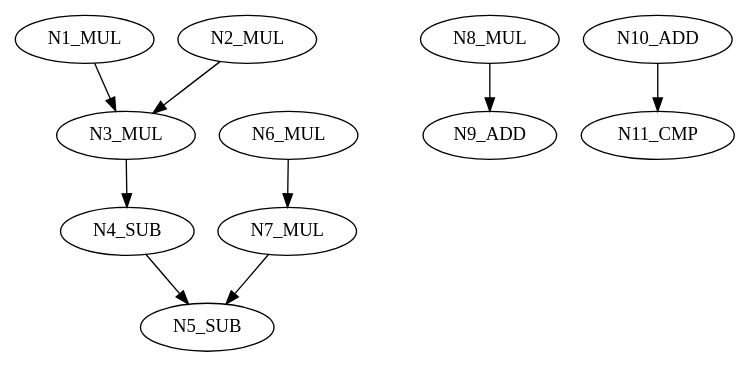
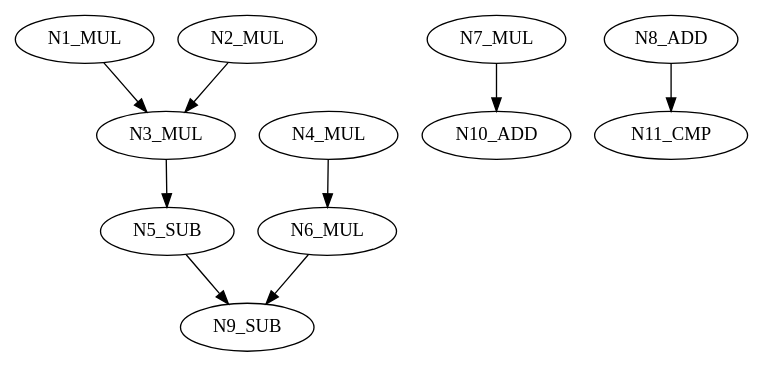
The diagram in scheduler-framework-master/graphs/lectureLIST.dot (Chancenloslu/SDC), drawn with Graphviz before and after one commit. The commit also changed 17 other files, not shown here.

```diff
--- a/scheduler-framework-master/graphs/lectureLIST.dot
+++ b/scheduler-framework-master/graphs/lectureLIST.dot
@@ -1,10 +1,10 @@
 digraph{
 N1_MUL -> N3_MUL;
 N2_MUL -> N3_MUL;
-N3_MUL -> N4_SUB;
-N4_SUB -> N5_SUB;
-N6_MUL -> N7_MUL;
-N7_MUL -> N5_SUB;
-N8_MUL -> N9_ADD;
-N10_ADD -> N11_CMP;
+N3_MUL -> N5_SUB;
+N5_SUB -> N9_SUB;
+N4_MUL -> N6_MUL;
+N6_MUL -> N9_SUB;
+N7_MUL -> N10_ADD;
+N8_ADD -> N11_CMP;
 }
```
